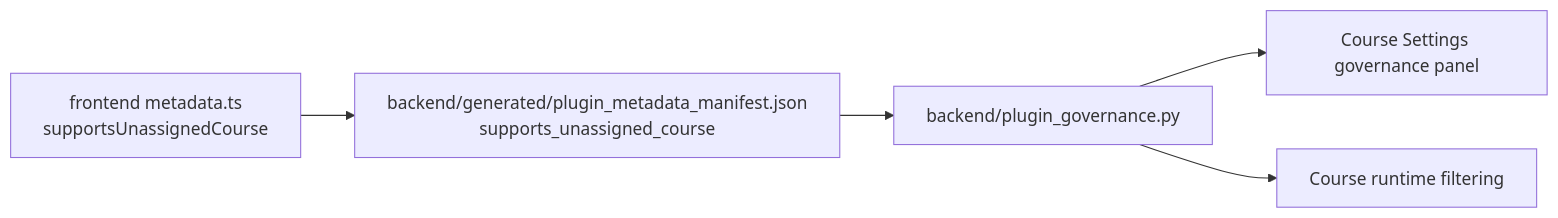
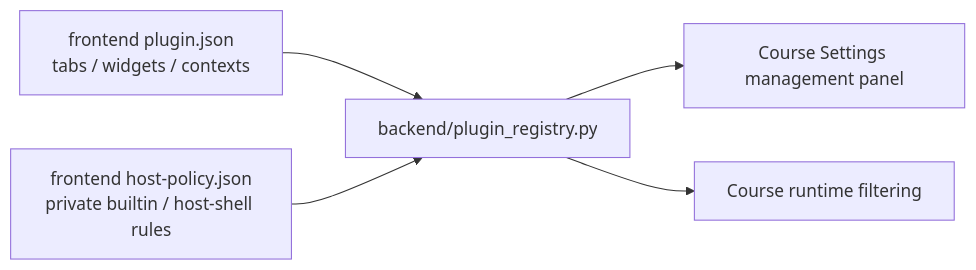
Before and after one commit to jinyuanZhou-Leo/Semestra: the fifth of 5 diagrams in docs/plugin-inheritance-architecture.md, drawn with Mermaid. The commit also changed other lines of this file and 145 other files, not shown here.

````diff
--- a/docs/plugin-inheritance-architecture.md
+++ b/docs/plugin-inheritance-architecture.md
@@ -285,15 +285,15 @@
 ```mermaid
 flowchart LR
-    Metadata["frontend metadata.ts
-supportsUnassignedCourse"]
-    Manifest["backend/generated/plugin_metadata_manifest.json
-supports_unassigned_course"]
-    Registry["backend/plugin_governance.py"]
-    CourseUI["Course Settings governance panel"]
+    Descriptor["frontend plugin.json
+tabs / widgets / contexts"]
+    HostPolicy["frontend host-policy.json
+private builtin / host-shell rules"]
+    Registry["backend/plugin_registry.py"]
+    CourseUI["Course Settings management panel"]
     Runtime["Course runtime filtering"]
 
-    Metadata --> Manifest
-    Manifest --> Registry
+    Descriptor --> Registry
+    HostPolicy --> Registry
     Registry --> CourseUI
     Registry --> Runtime
 ```
````
